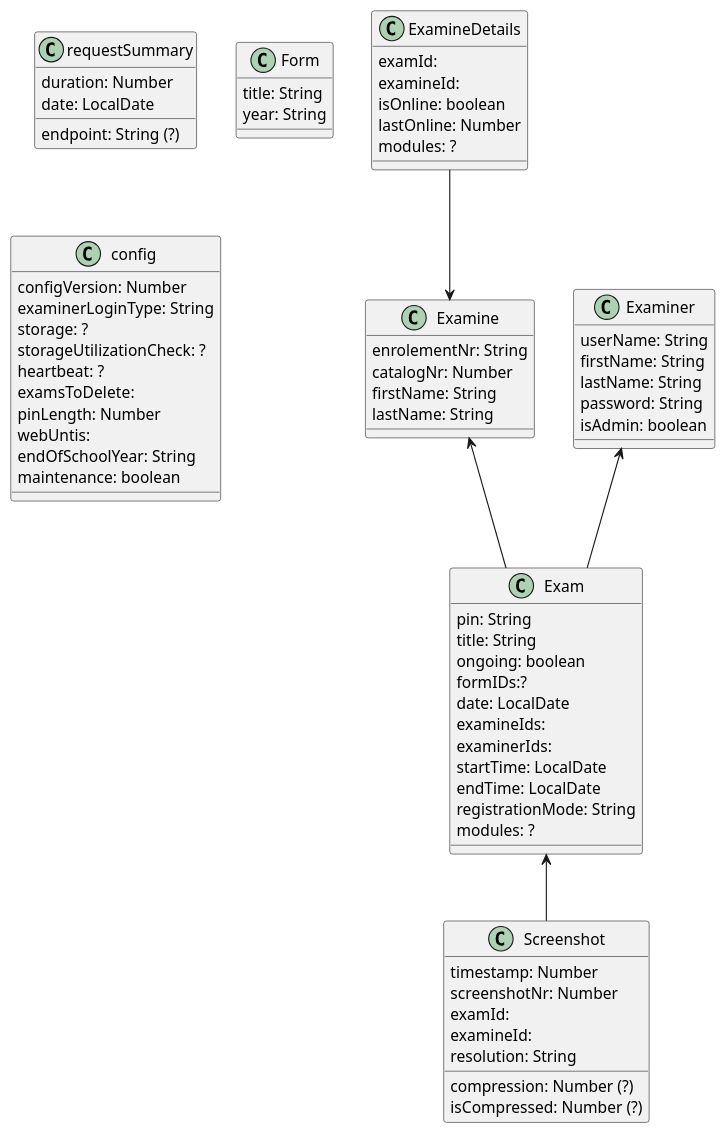
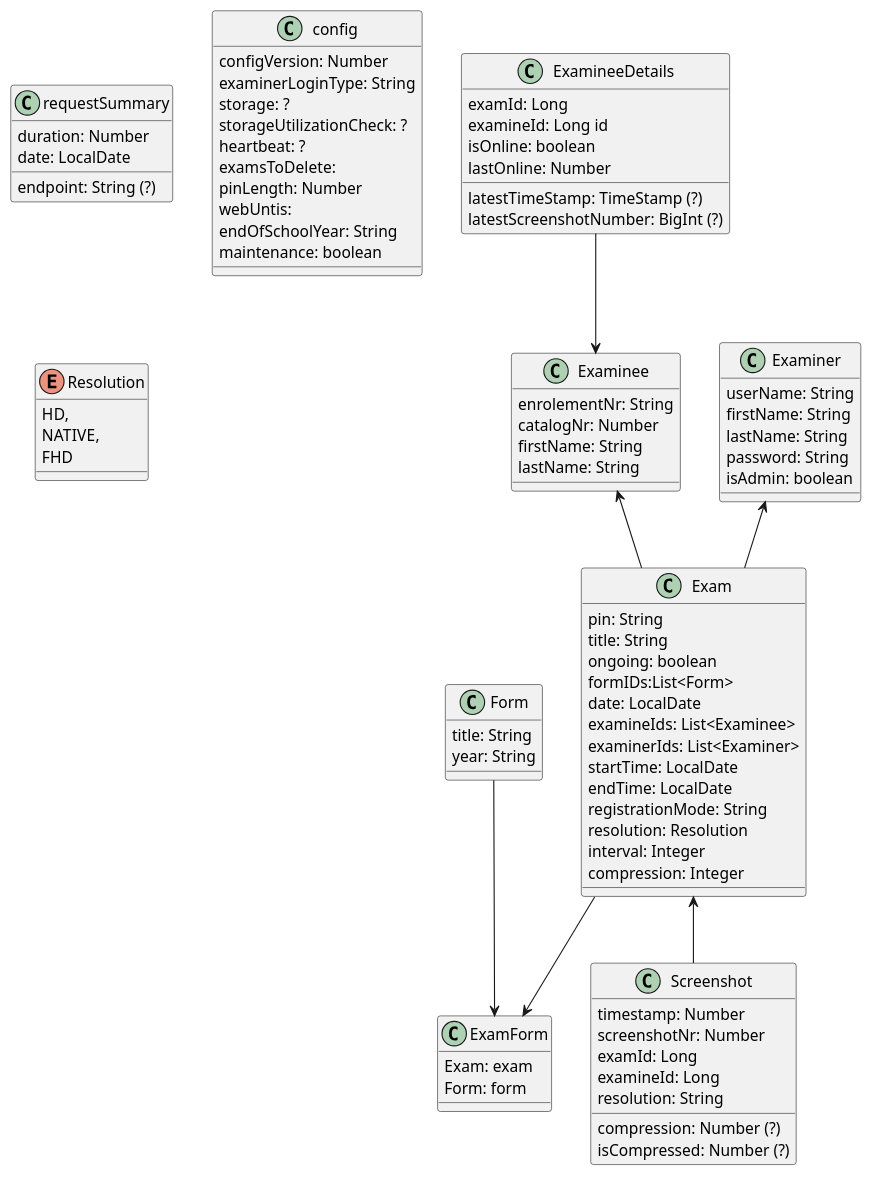
Before and after one commit to htl-leonding-project/franklyn-quarkus: the diagram in docs/asciidocs/plantuml/classDiagram.puml, drawn with PlantUML. The commit also changed 7 other files, not shown here.

```diff
--- a/docs/asciidocs/plantuml/classDiagram.puml
+++ b/docs/asciidocs/plantuml/classDiagram.puml
@@ -1,81 +1,99 @@
 @startuml
 'https://plantuml.com/class-diagram
+
 
 class Exam{
     pin: String
     title: String
     ongoing: boolean
-    formIDs:?
+    formIDs:List<Form>
     date: LocalDate
-    examineIds:
-    examinerIds:
+    examineIds: List<Examinee>
+    examinerIds: List<Examiner>
     startTime: LocalDate
     endTime: LocalDate
     registrationMode: String
-    modules: ?
+    resolution: Resolution
+    interval: Integer
+    compression: Integer
 }
 
-class Examine{
+class Examinee{
     enrolementNr: String
     catalogNr: Number
     firstName: String
     lastName: String
 }
 
 
-class ExamineDetails{
-    examId:
-    examineId:
+class ExamineeDetails{
+    examId: Long
+    examineId: Long id
     isOnline: boolean
     lastOnline: Number
-    modules: ?
+    latestTimeStamp: TimeStamp (?)
+    latestScreenshotNumber: BigInt (?)
 }
 
 class Examiner{
     userName: String
     firstName: String
     lastName: String
     password: String
     isAdmin: boolean
 }
 
 class Screenshot{
     timestamp: Number
     screenshotNr: Number
-    examId:
-    examineId:
+    examId: Long
+    examineId: Long
     resolution: String
     compression: Number (?)
     isCompressed: Number (?)
 }
 
 class requestSummary{
     duration: Number
     endpoint: String (?)
     date: LocalDate
 }
 
 class Form{
     title: String
     year: String
 }
 
 class config{
     configVersion: Number
     examinerLoginType: String
     storage: ?
     storageUtilizationCheck: ?
     heartbeat: ?
     examsToDelete:
     pinLength: Number
     webUntis:
     endOfSchoolYear: String
     maintenance: boolean
 }
 
-Examine <-- Exam
+class ExamForm{
+    Exam: exam
+    Form: form
+}
+
+enum Resolution{
+    HD,
+    NATIVE,
+    FHD
+}
+
+
+Examinee <-- Exam
 Examiner <-- Exam
 Exam <-- Screenshot
-ExamineDetails --> Examine
+ExamineeDetails --> Examinee
+Exam --> ExamForm
+Form --> ExamForm
 
 @enduml
```
